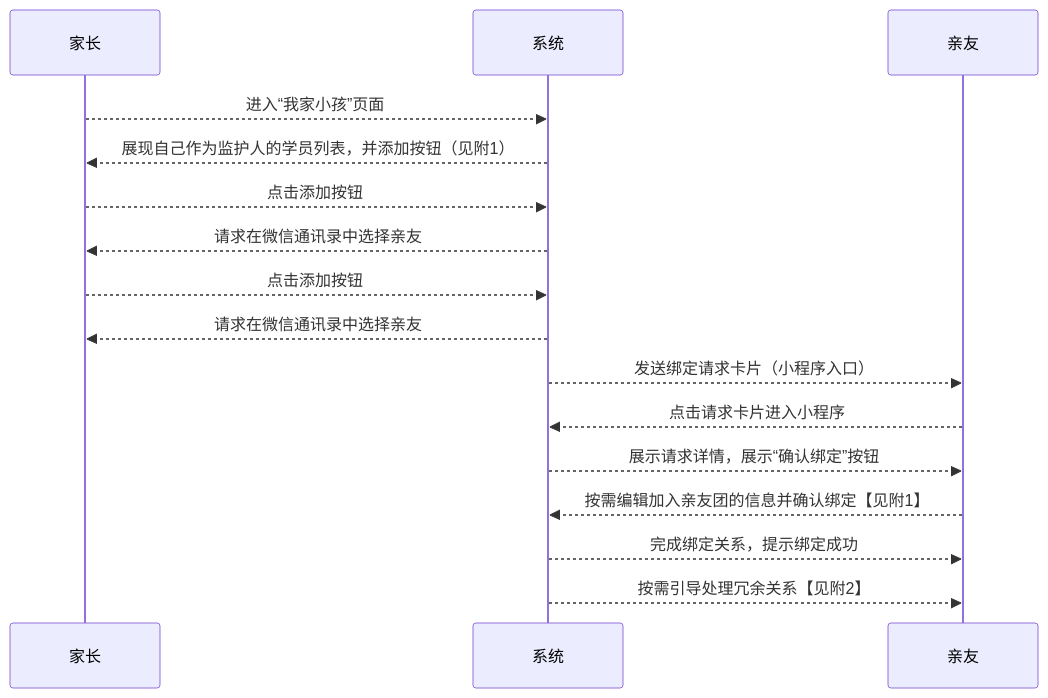
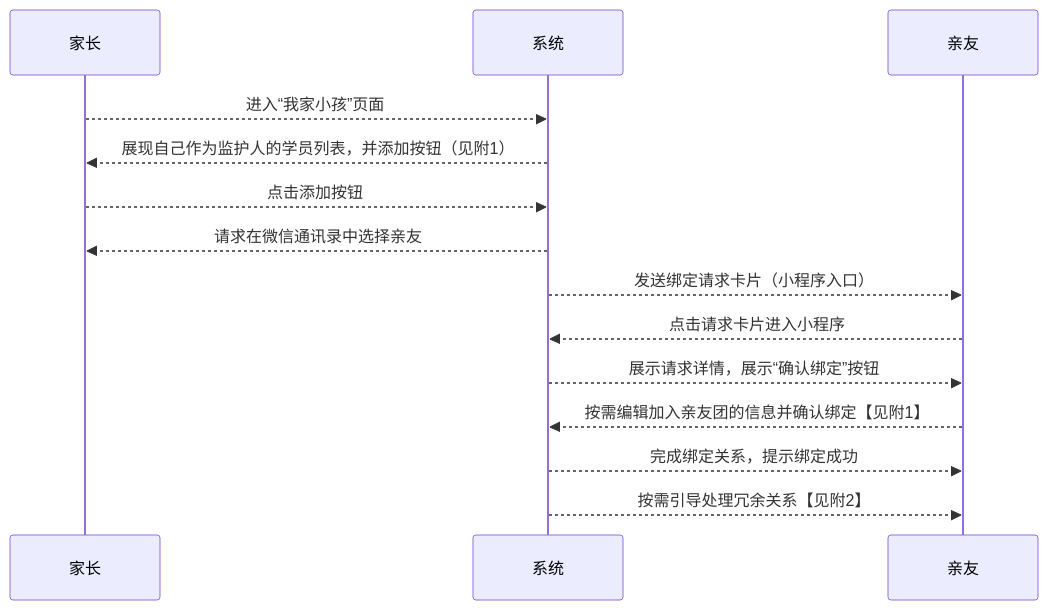
The second of 2 diagrams in 用例/家长-学员关系绑定.md (world-wide-web/sign), drawn with Mermaid before and after one commit. The commit also changed other lines of this file, not shown here.

````diff
--- a/用例/家长-学员关系绑定.md
+++ b/用例/家长-学员关系绑定.md
@@ -41,28 +41,24 @@
 ```mermaid
 sequenceDiagram
 
 家长-->>系统: 进入“我家小孩”页面
 
 系统-->>家长: 展现自己作为监护人的学员列表，并添加按钮（见附1）
-
-家长-->>系统: 点击添加按钮
-
-系统-->>家长: 请求在微信通讯录中选择亲友
 
 家长-->>系统: 点击添加按钮
 
 系统-->>家长: 请求在微信通讯录中选择亲友
 
 系统-->>亲友: 发送绑定请求卡片（小程序入口）
 
 亲友-->>系统: 点击请求卡片进入小程序
 
 系统-->>亲友: 展示请求详情，展示“确认绑定”按钮
 
 亲友-->>系统: 按需编辑加入亲友团的信息并确认绑定【见附1】
 
 系统-->>亲友: 完成绑定关系，提示绑定成功
 
 系统-->>亲友: 按需引导处理冗余关系【见附2】
 
 ```
````
